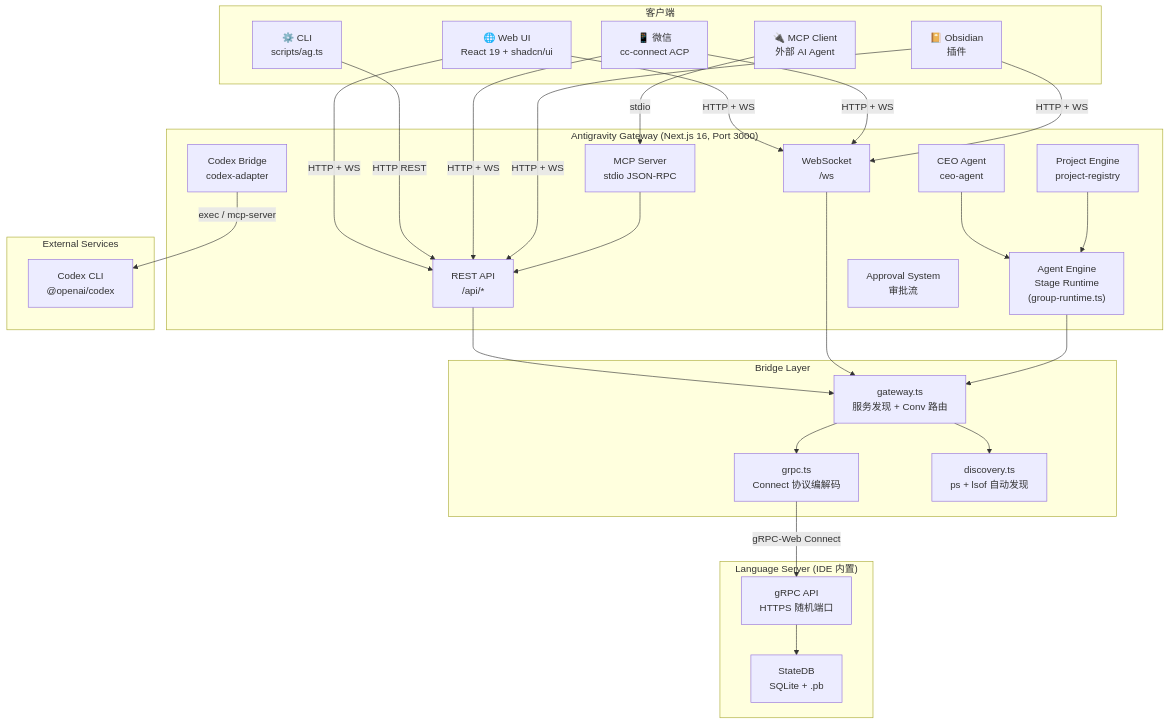
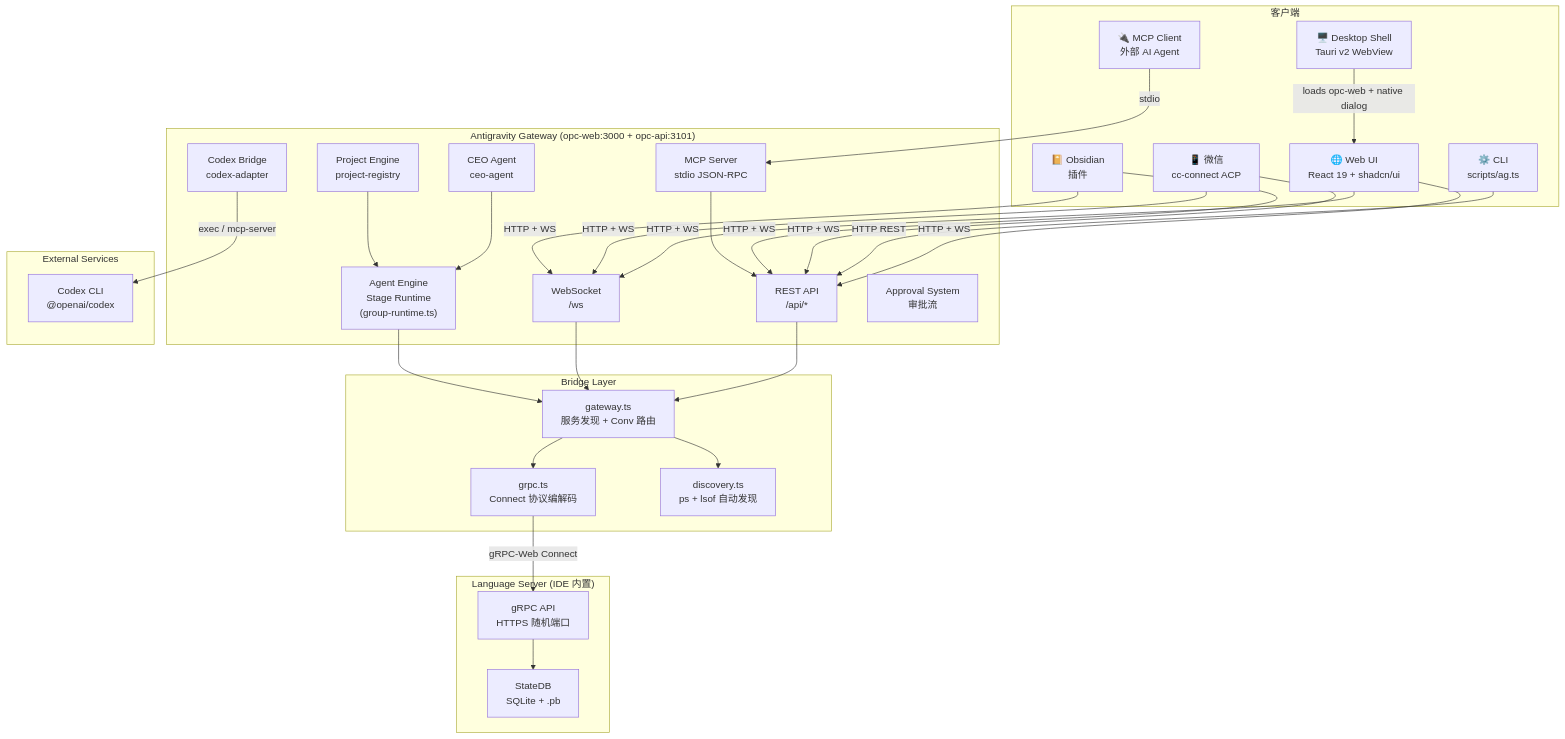
Before and after one commit to pikapikaspeedup/OPC_CEO: the first of 23 diagrams in ARCHITECTURE.md, drawn with Mermaid. The commit also changed other lines of this file and 315 other files, not shown here.

````diff
--- a/ARCHITECTURE.md
+++ b/ARCHITECTURE.md
@@ -9,55 +15,57 @@
 ```mermaid
 graph TB
     subgraph Clients["客户端"]
         WebUI["🌐 Web UI<br/>React 19 + shadcn/ui"]
+        Desktop["🖥️ Desktop Shell<br/>Tauri v2 WebView"]
         CLI["⚙️ CLI<br/>scripts/ag.ts"]
         WeChat["📱 微信<br/>cc-connect ACP"]
         Obsidian["📔 Obsidian<br/>插件"]
         MCP["🔌 MCP Client<br/>外部 AI Agent"]
     end
 
-    subgraph Gateway["Antigravity Gateway (Next.js 16, Port 3000)"]
+    subgraph Gateway["Antigravity Gateway (opc-web:3000 + opc-api:3101)"]
         REST["REST API<br/>/api/*"]
         WS["WebSocket<br/>/ws"]
         AgentEngine["Agent Engine<br/>Stage Runtime<br/>(group-runtime.ts)"]
         ProjectEngine["Project Engine<br/>project-registry"]
         MCPServer["MCP Server<br/>stdio JSON-RPC"]
         CodexBridge["Codex Bridge<br/>codex-adapter"]
         CEOAgent["CEO Agent<br/>ceo-agent"]
         ApprovalSys["Approval System<br/>审批流"]
     end
 
     subgraph Bridge["Bridge Layer"]
         GW["gateway.ts<br/>服务发现 + Conv 路由"]
         GRPC["grpc.ts<br/>Connect 协议编解码"]
         Discovery["discovery.ts<br/>ps + lsof 自动发现"]
     end
 
     subgraph External["External Services"]
         CodexCLI["Codex CLI<br/>@openai/codex"]
     end
 
     subgraph LS["Language Server (IDE 内置)"]
         GRPC_API["gRPC API<br/>HTTPS 随机端口"]
         StateDB["StateDB<br/>SQLite + .pb"]
     end
 
     WebUI -->|HTTP + WS| REST & WS
+    Desktop -->|loads opc-web + native dialog| WebUI
     CLI -->|HTTP REST| REST
     WeChat -->|HTTP + WS| REST & WS
     Obsidian -->|HTTP + WS| REST & WS
     MCP -->|stdio| MCPServer
 
     REST --> GW
     WS --> GW
     CodexBridge -->|"exec / mcp-server"| CodexCLI
     CEOAgent --> AgentEngine
     AgentEngine --> GW
     ProjectEngine --> AgentEngine
     MCPServer --> REST
 
     GW --> Discovery
     GW --> GRPC
     GRPC -->|gRPC-Web Connect| GRPC_API
     GRPC_API --> StateDB
 ```
````
